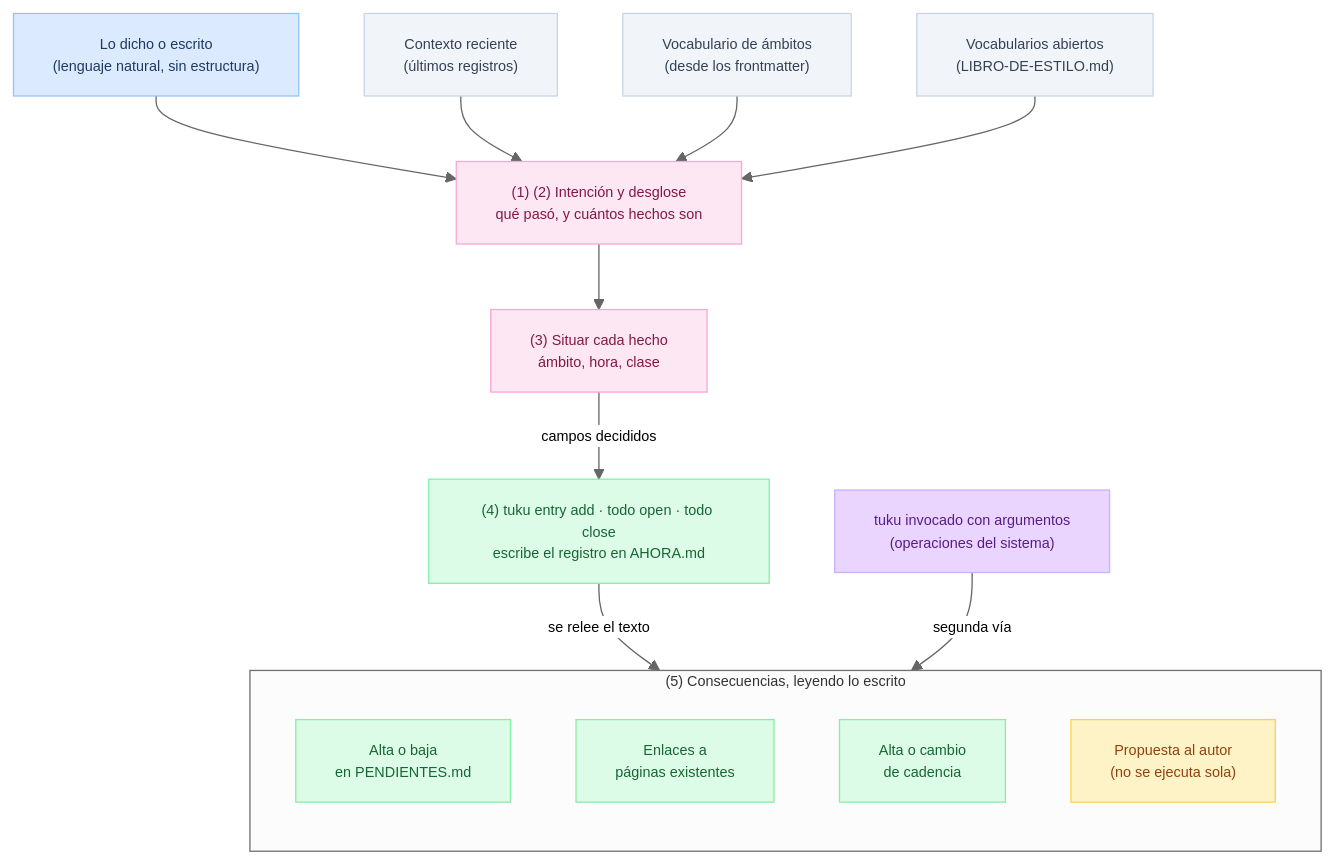
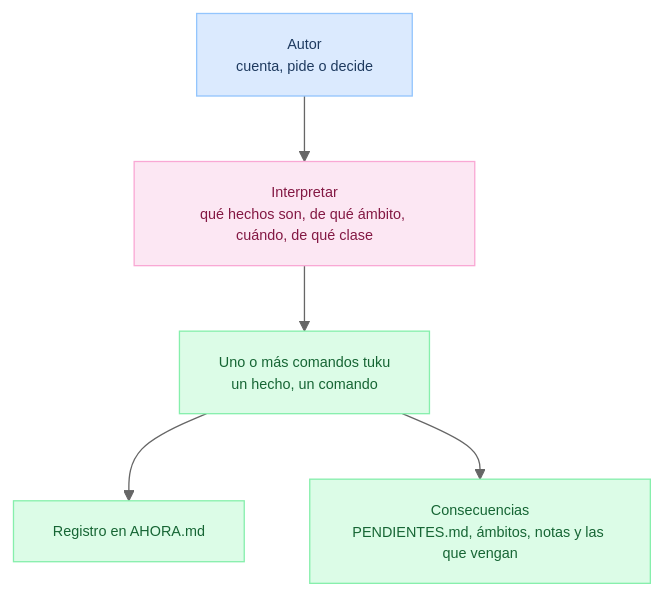
The first of 2 diagrams in spec/flujo-informacion.md (pewma-ai/tuku), drawn with Mermaid before and after one commit. The commit also changed other lines of this file and 15 other files, not shown here.

First line of the commit message:
fix(scope): las keywords eligen el ámbito y nada enlaza el body por su cuenta

````diff
--- a/spec/flujo-informacion.md
+++ b/spec/flujo-informacion.md
@@ -53,42 +17,20 @@
 ```mermaid
 %%{init: {'flowchart': {'useMaxWidth': true}, 'theme': 'neutral', 'themeVariables': {'fontSize': '11px'}}}%%
 flowchart TD
-    E["Lo dicho o escrito<br/>(lenguaje natural, sin estructura)"]
-    CTX["Contexto reciente<br/>(últimos registros)"]
-    VOC["Vocabulario de ámbitos<br/>(desde los frontmatter)"]
-    LE["Vocabularios abiertos<br/>(LIBRO-DE-ESTILO.md)"]
-    I["(1) (2) Intención y desglose<br/>qué pasó, y cuántos hechos son"]
-    S["(3) Situar cada hecho<br/>ámbito, hora, clase"]
-    ENT["(4) tuku entry add · todo open · todo close<br/>escribe el registro en AHORA.md"]
-    J["tuku invocado con argumentos<br/>(operaciones del sistema)"]
-
-    subgraph CONS["(5) Consecuencias, leyendo lo escrito"]
-        direction TB
-        K1["Alta o baja<br/>en PENDIENTES.md"]
-        K2["Enlaces a<br/>páginas existentes"]
-        K4["Alta o cambio<br/>de cadencia"]
-        K3["Propuesta al autor<br/>(no se ejecuta sola)"]
-    end
+    E["Autor<br/>cuenta, pide o decide"]
+    I["Interpretar<br/>qué hechos son, de qué ámbito, cuándo, de qué clase"]
+    C["Uno o más comandos tuku<br/>un hecho, un comando"]
+    R["Registro en AHORA.md"]
+    K["Consecuencias<br/>PENDIENTES.md, ámbitos, notas y las que vengan"]
 
     E --> I
-    CTX --> I
-    VOC --> I
-    LE --> I
-    I --> S
-    S -->|"campos decididos"| ENT
-    ENT -->|"se relee el texto"| CONS
-    J -->|"segunda vía"| CONS
+    I --> C
+    C --> R
+    C --> K
 
     style E fill:#dbeafe,color:#1e3a5f,stroke:#93c5fd
-    style CTX fill:#f1f5f9,color:#334155,stroke:#cbd5e1
-    style VOC fill:#f1f5f9,color:#334155,stroke:#cbd5e1
-    style LE fill:#f1f5f9,color:#334155,stroke:#cbd5e1
     style I fill:#fce7f3,color:#831843,stroke:#f9a8d4
-    style S fill:#fce7f3,color:#831843,stroke:#f9a8d4
-    style ENT fill:#dcfce7,color:#166534,stroke:#86efac
-    style J fill:#e9d5ff,color:#581c87,stroke:#c4b5fd
-    style K1 fill:#dcfce7,color:#166534,stroke:#86efac
-    style K2 fill:#dcfce7,color:#166534,stroke:#86efac
-    style K4 fill:#dcfce7,color:#166534,stroke:#86efac
-    style K3 fill:#fef3c7,color:#92400e,stroke:#fcd34d
+    style C fill:#dcfce7,color:#166534,stroke:#86efac
+    style R fill:#dcfce7,color:#166534,stroke:#86efac
+    style K fill:#dcfce7,color:#166534,stroke:#86efac
 ```
````
